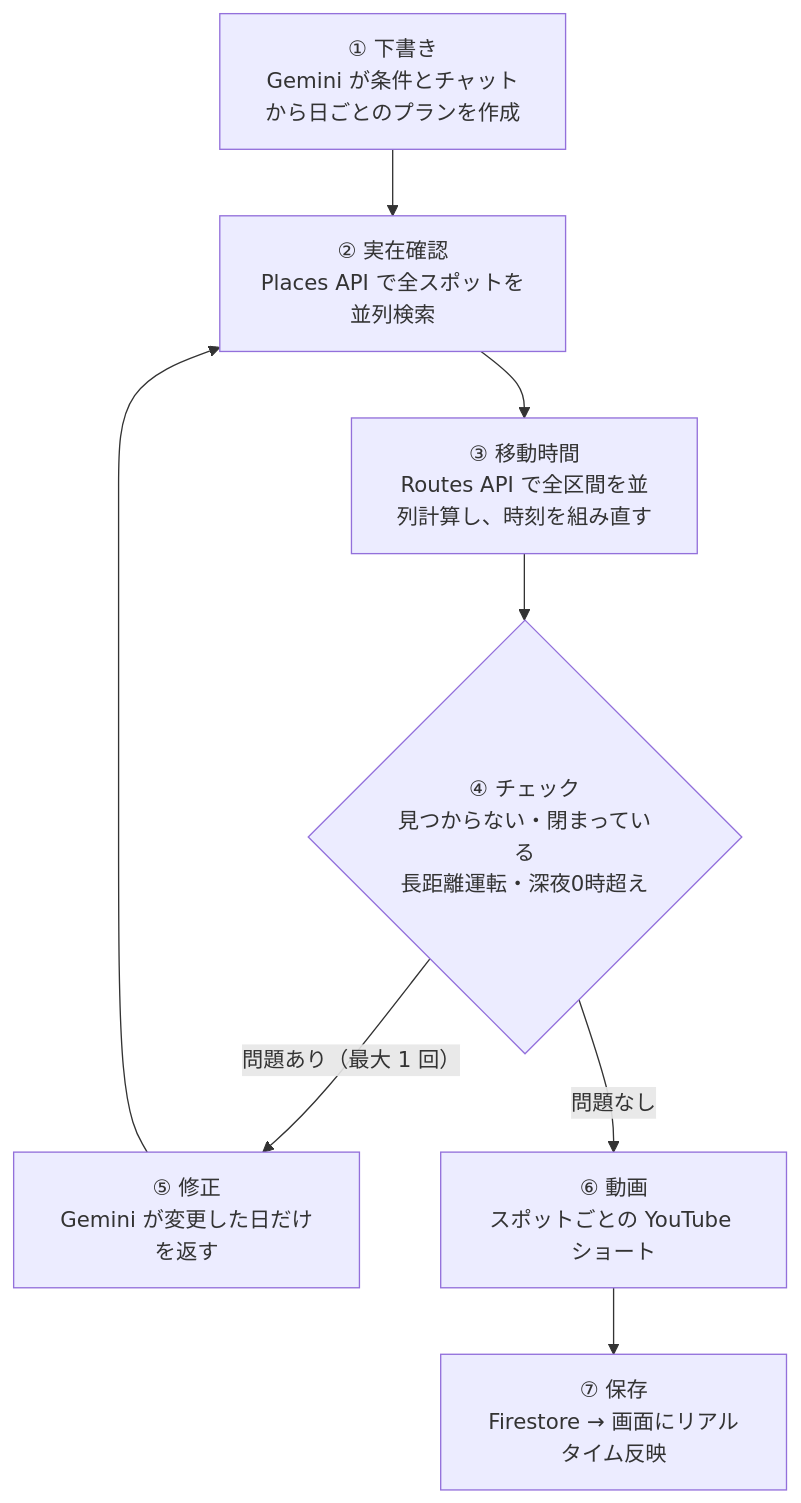
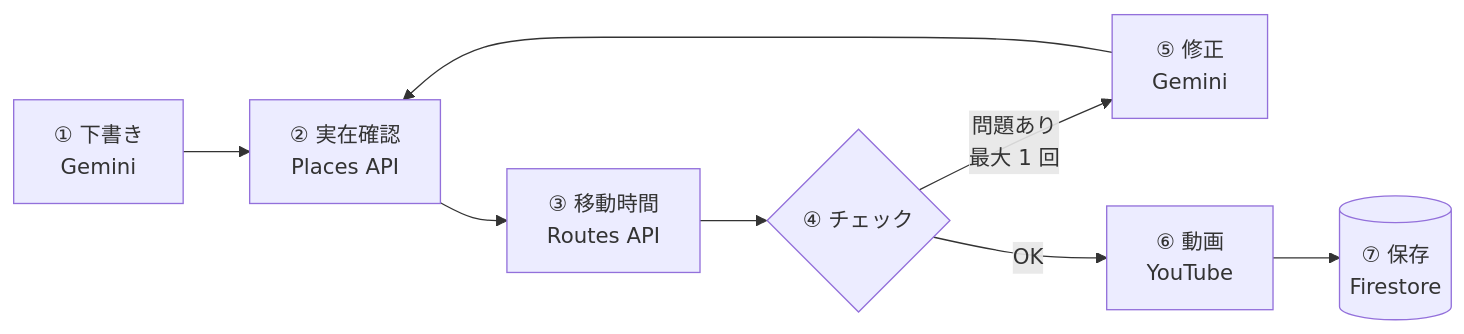
Before and after one commit to Devfest-Hackathon-2026/df-2026-t202: the second of 2 diagrams in README.md, drawn with Mermaid. The commit also changed other lines of this file, not shown here.

Commit message:
docs: readable diagrams on GitHub

````diff
--- a/README.md
+++ b/README.md
@@ -173,10 +173,10 @@
 ```mermaid
-flowchart TD
-    A["① 下書き<br/>Gemini が条件とチャットから日ごとのプランを作成"] --> B["② 実在確認<br/>Places API で全スポットを並列検索"]
-    B --> C["③ 移動時間<br/>Routes API で全区間を並列計算し、時刻を組み直す"]
-    C --> D{"④ チェック<br/>見つからない・閉まっている<br/>長距離運転・深夜0時超え"}
-    D -- "問題あり（最大 1 回）" --> E["⑤ 修正<br/>Gemini が変更した日だけを返す"]
+flowchart LR
+    A["① 下書き<br/>Gemini"] --> B["② 実在確認<br/>Places API"]
+    B --> C["③ 移動時間<br/>Routes API"]
+    C --> D{"④ チェック"}
+    D -- "問題あり<br/>最大 1 回" --> E["⑤ 修正<br/>Gemini"]
     E --> B
-    D -- "問題なし" --> F["⑥ 動画<br/>スポットごとの YouTube ショート"]
-    F --> G["⑦ 保存<br/>Firestore → 画面にリアルタイム反映"]
+    D -- "OK" --> F["⑥ 動画<br/>YouTube"]
+    F --> S[("⑦ 保存<br/>Firestore")]
 ```
````
